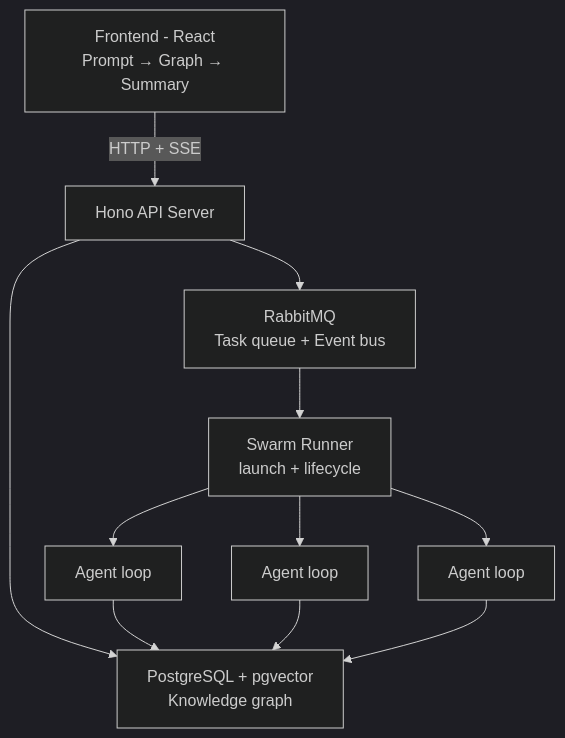
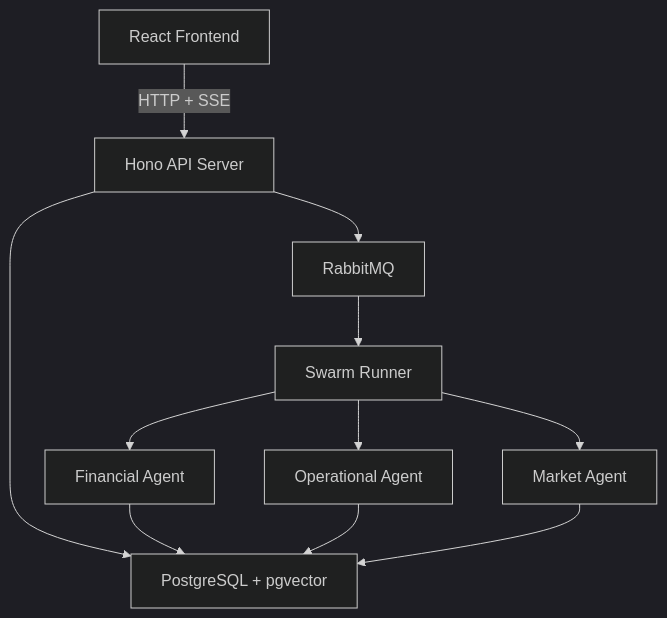
Before and after one commit to uid4oe/insight-swarm: the third of 3 diagrams in README.md, drawn with Mermaid (dark theme). The commit also changed other lines of this file, not shown here.

Commit message:
docs: improve mermaid diagrams readability

````diff
--- a/README.md
+++ b/README.md
@@ -169,13 +171,13 @@
 ```mermaid
 graph TD
-    UI[Frontend - React<br>Prompt → Graph → Summary] -->|HTTP + SSE| API[Hono API Server]
-    API --> MQ[RabbitMQ<br>Task queue + Event bus]
-    API --> PG[PostgreSQL + pgvector<br>Knowledge graph]
-    MQ --> SR[Swarm Runner<br>launch + lifecycle]
-    SR --> A1[Agent loop]
-    SR --> A2[Agent loop]
-    SR --> A3[Agent loop]
+    UI["React Frontend"] -->|HTTP + SSE| API["Hono API Server"]
+    API --> MQ["RabbitMQ"]
+    API --> PG["PostgreSQL + pgvector"]
+    MQ --> SR["Swarm Runner"]
+    SR --> A1["Financial Agent"]
+    SR --> A2["Operational Agent"]
+    SR --> A3["Market Agent"]
     A1 --> PG
     A2 --> PG
     A3 --> PG
 ```
````
